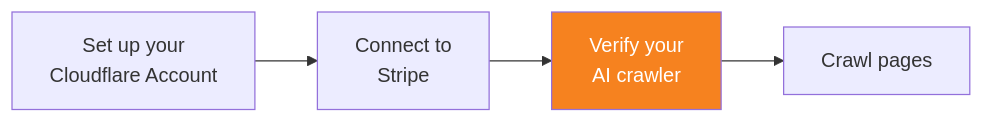
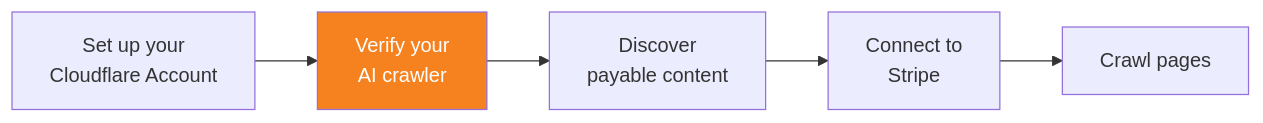
The diagram in src/content/docs/ai-crawl-control/features/pay-per-crawl/use-pay-per-crawl-as-ai-owner/verify-ai-crawler.mdx (rdhanarot/cloudflare-docs), drawn with Mermaid before and after one commit. The commit also changed other lines of this file and 10 other files, not shown here.

````diff
--- a/src/content/docs/ai-crawl-control/features/pay-per-crawl/use-pay-per-crawl-as-ai-owner/verify-ai-crawler.mdx
+++ b/src/content/docs/ai-crawl-control/features/pay-per-crawl/use-pay-per-crawl-as-ai-owner/verify-ai-crawler.mdx
@@ -10,7 +10,8 @@
 ```mermaid
 graph LR
-A[Set up your<br>Cloudflare Account] --> B[Connect to<br>Stripe]
-B --> C[Verify your<br>AI crawler]:::highlight
-C --> D[Crawl pages]
+A[Set up your<br>Cloudflare Account] --> B[Verify your<br>AI crawler]:::highlight
+B --> C[Discover<br>payable content]
+C --> D[Connect to<br>Stripe]
+D --> E[Crawl pages]
 classDef highlight fill:#F6821F,color:white
 ```
````
